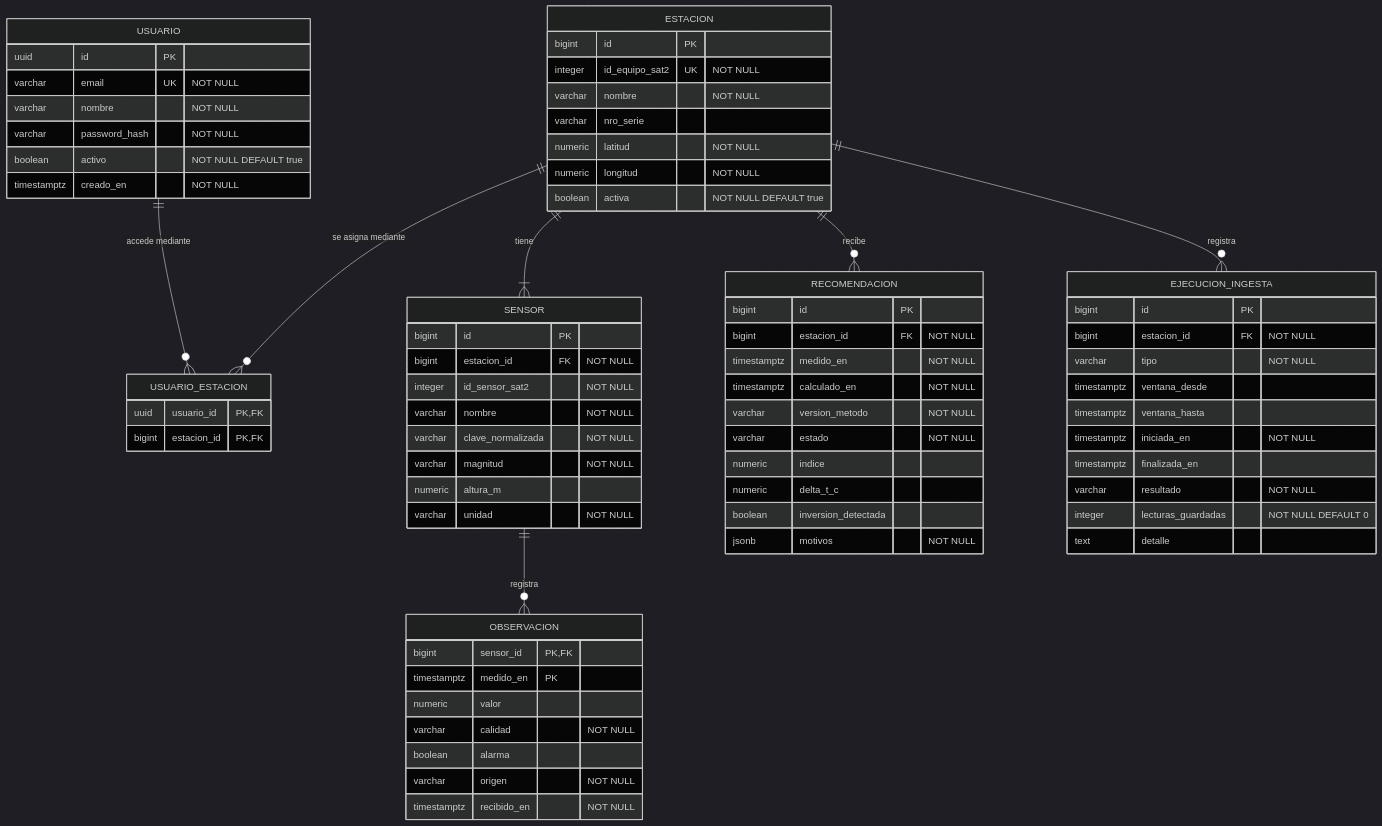
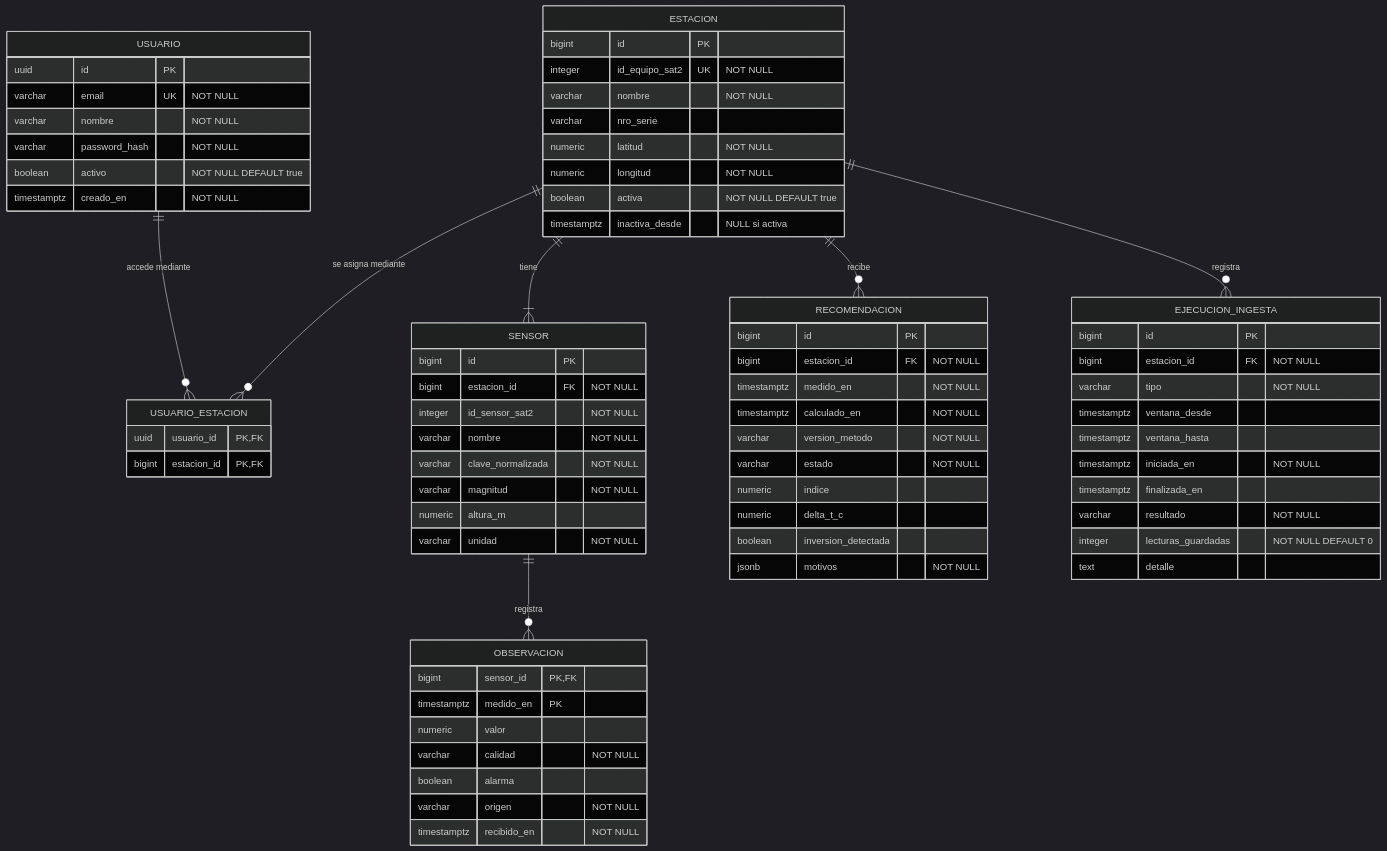
One commit to LIDR-academy-temp/AI4Devs-finalproject changed the fifth of 5 diagrams in readme.md. Above: the diagram before and after it, drawn with Mermaid (dark theme). The commit also changed other lines of this file and 12 other files, not shown here.

````diff
--- a/readme.md
+++ b/readme.md
@@ -402,74 +402,75 @@
 ```mermaid
 erDiagram
     USUARIO ||--o{ USUARIO_ESTACION : "accede mediante"
     ESTACION ||--o{ USUARIO_ESTACION : "se asigna mediante"
     ESTACION ||--|{ SENSOR : "tiene"
     SENSOR ||--o{ OBSERVACION : "registra"
     ESTACION ||--o{ RECOMENDACION : "recibe"
     ESTACION ||--o{ EJECUCION_INGESTA : "registra"
 
     USUARIO {
         uuid id PK
         varchar email UK "NOT NULL"
         varchar nombre "NOT NULL"
         varchar password_hash "NOT NULL"
         boolean activo "NOT NULL DEFAULT true"
         timestamptz creado_en "NOT NULL"
     }
     ESTACION {
         bigint id PK
         integer id_equipo_sat2 UK "NOT NULL"
         varchar nombre "NOT NULL"
         varchar nro_serie
         numeric latitud "NOT NULL"
         numeric longitud "NOT NULL"
         boolean activa "NOT NULL DEFAULT true"
+        timestamptz inactiva_desde "NULL si activa"
     }
     USUARIO_ESTACION {
         uuid usuario_id PK, FK
         bigint estacion_id PK, FK
     }
     SENSOR {
         bigint id PK
         bigint estacion_id FK "NOT NULL"
         integer id_sensor_sat2 "NOT NULL"
         varchar nombre "NOT NULL"
         varchar clave_normalizada "NOT NULL"
         varchar magnitud "NOT NULL"
         numeric altura_m
         varchar unidad "NOT NULL"
     }
     OBSERVACION {
         bigint sensor_id PK, FK
         timestamptz medido_en PK
         numeric valor
         varchar calidad "NOT NULL"
         boolean alarma
         varchar origen "NOT NULL"
         timestamptz recibido_en "NOT NULL"
     }
     RECOMENDACION {
         bigint id PK
         bigint estacion_id FK "NOT NULL"
         timestamptz medido_en "NOT NULL"
         timestamptz calculado_en "NOT NULL"
         varchar version_metodo "NOT NULL"
         varchar estado "NOT NULL"
         numeric indice
         numeric delta_t_c
         boolean inversion_detectada
         jsonb motivos "NOT NULL"
     }
     EJECUCION_INGESTA {
         bigint id PK
         bigint estacion_id FK "NOT NULL"
         varchar tipo "NOT NULL"
         timestamptz ventana_desde
         timestamptz ventana_hasta
         timestamptz iniciada_en "NOT NULL"
         timestamptz finalizada_en
         varchar resultado "NOT NULL"
         integer lecturas_guardadas "NOT NULL DEFAULT 0"
         text detalle
     }
 ```
````
